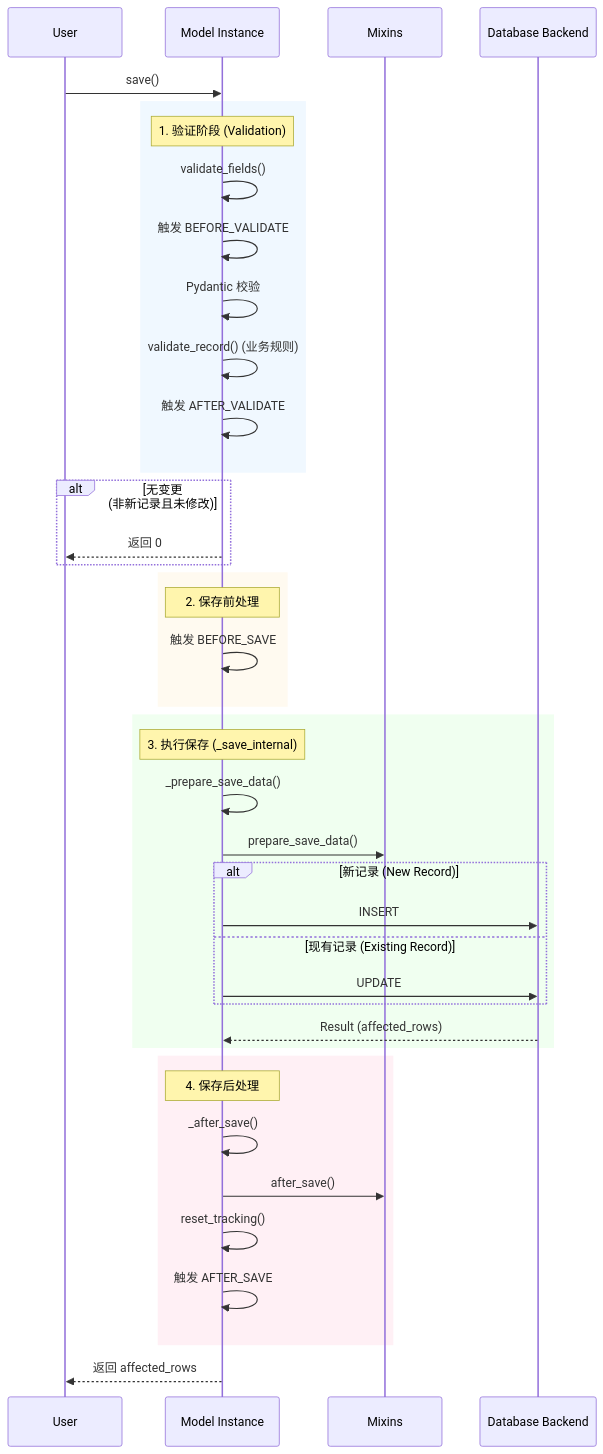
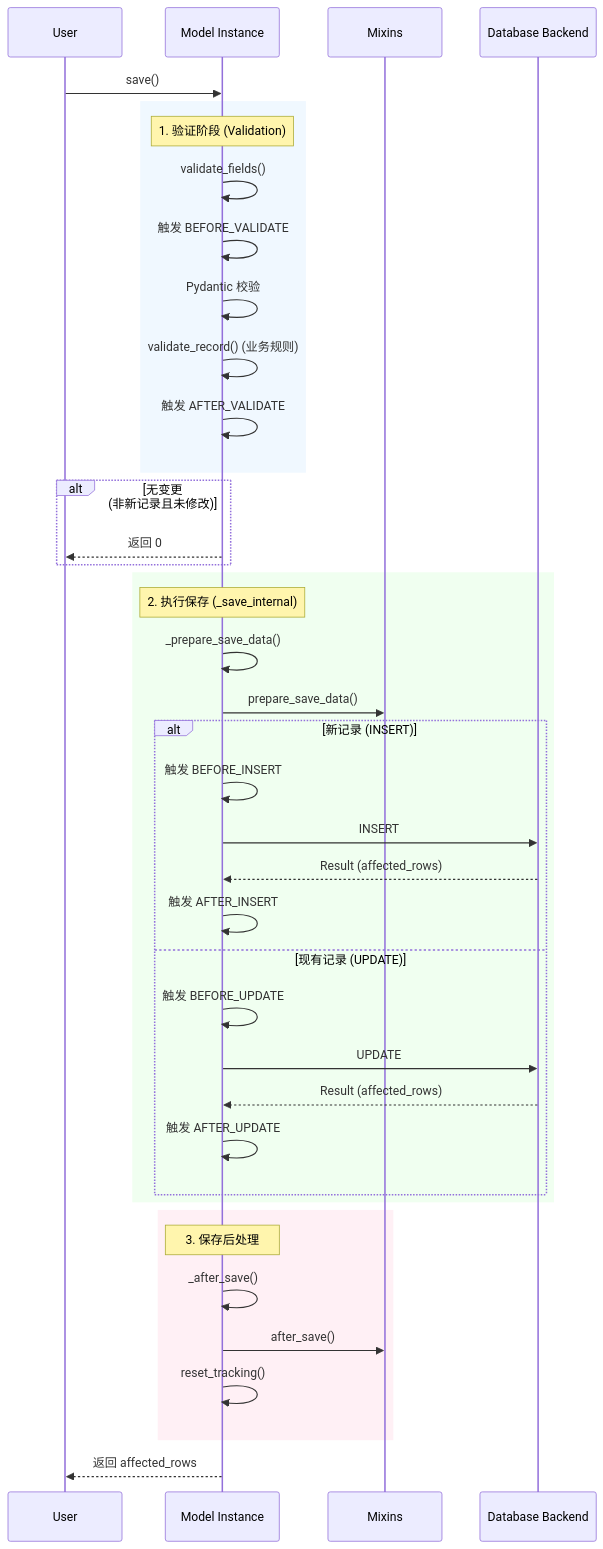
Before and after one commit to rhosocial/python-activerecord: the diagram in docs/zh_CN/events/lifecycle.md, drawn with Mermaid. The commit also changed other lines of this file and 14 other files, not shown here.

First line of the commit message:
feat(event): split INSERT/UPDATE events with BEFORE_INSERT/AFTER_INSERT (#68)

````diff
--- a/docs/zh_CN/events/lifecycle.md
+++ b/docs/zh_CN/events/lifecycle.md
@@ -40,51 +51,49 @@
 ```mermaid
 sequenceDiagram
     participant User
     participant Model as Model Instance
     participant Mixins
     participant DB as Database Backend
 
     User->>Model: save()
-    
+
     rect rgb(240, 248, 255)
         Note over Model: 1. 验证阶段 (Validation)
         Model->>Model: validate_fields()
         Model->>Model: 触发 BEFORE_VALIDATE
         Model->>Model: Pydantic 校验
         Model->>Model: validate_record() (业务规则)
         Model->>Model: 触发 AFTER_VALIDATE
     end
 
     alt 无变更 (非新记录且未修改)
         Model-->>User: 返回 0
     end
 
-    rect rgb(255, 250, 240)
-        Note over Model: 2. 保存前处理
-        Model->>Model: 触发 BEFORE_SAVE
-    end
-
     rect rgb(240, 255, 240)
-        Note over Model: 3. 执行保存 (_save_internal)
+        Note over Model: 2. 执行保存 (_save_internal)
         Model->>Model: _prepare_save_data()
         Model->>Mixins: prepare_save_data()
-        
-        alt 新记录 (New Record)
+
+        alt 新记录 (INSERT)
+            Model->>Model: 触发 BEFORE_INSERT
             Model->>DB: INSERT
-        else 现有记录 (Existing Record)
+            DB-->>Model: Result (affected_rows)
+            Model->>Model: 触发 AFTER_INSERT
+        else 现有记录 (UPDATE)
+            Model->>Model: 触发 BEFORE_UPDATE
             Model->>DB: UPDATE
+            DB-->>Model: Result (affected_rows)
+            Model->>Model: 触发 AFTER_UPDATE
         end
-        
-        DB-->>Model: Result (affected_rows)
     end
 
     rect rgb(255, 240, 245)
-        Note over Model: 4. 保存后处理
+        Note over Model: 3. 保存后处理
         Model->>Model: _after_save()
         Model->>Mixins: after_save()
         Model->>Model: reset_tracking()
-        Model->>Model: 触发 AFTER_SAVE
     end
 
     Model-->>User: 返回 affected_rows
 ```
````
